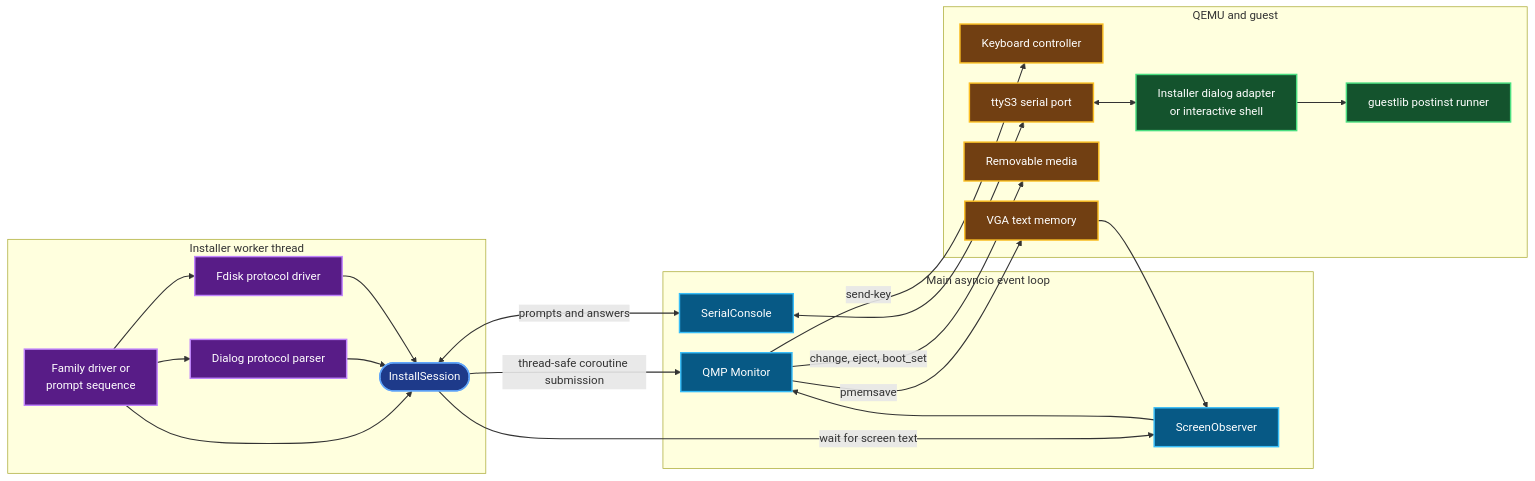
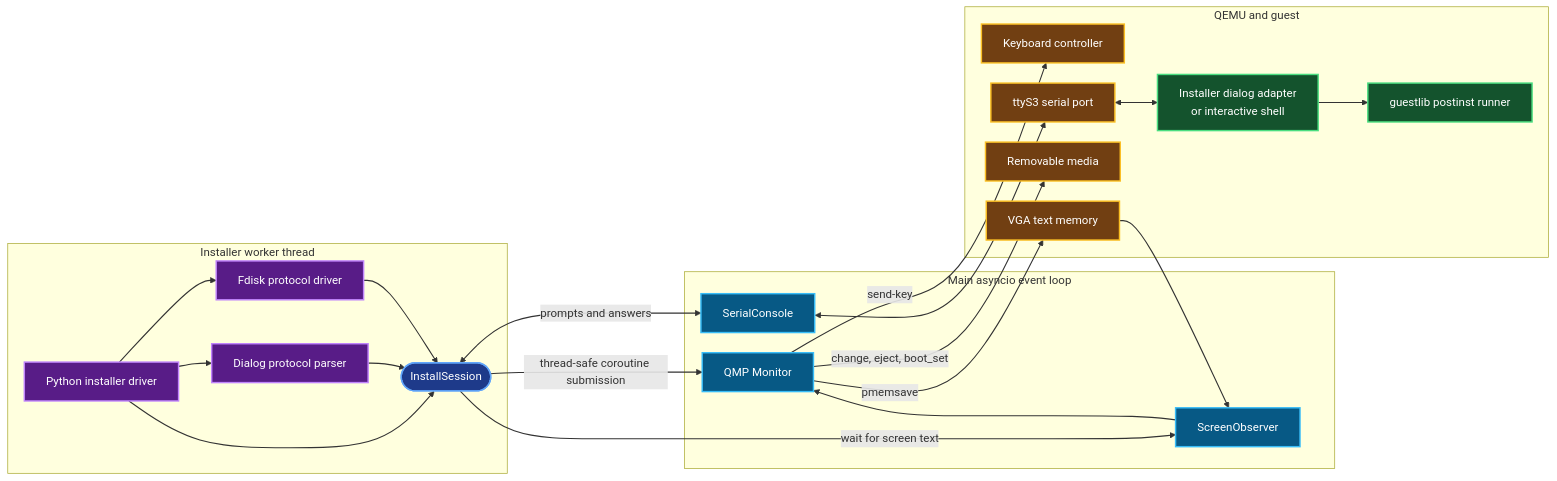
One commit to jblang/retrodist changed the fourth of 4 diagrams in ARCHITECTURE.md. Above: the diagram before and after it, drawn with Mermaid. The commit also changed other lines of this file and 123 other files, not shown here.

First line of the commit message:
refactor installer configs around topical schemas

````diff
--- a/ARCHITECTURE.md
+++ b/ARCHITECTURE.md
@@ -259,54 +256,54 @@
 ```mermaid
 %%{init: {"flowchart": {"curve": "basis", "nodeSpacing": 28, "rankSpacing": 46}}}%%
 flowchart LR
     subgraph worker[Installer worker thread]
-        driver["Family driver or<br/>prompt sequence"]
+        driver["Python installer driver"]
         session([InstallSession])
         dialog[Dialog protocol parser]
         fdisk[Fdisk protocol driver]
         driver --> session
         driver --> dialog
         driver --> fdisk
         dialog --> session
         fdisk --> session
     end
 
     subgraph loop[Main asyncio event loop]
         monitor[QMP Monitor]
         vga[ScreenObserver]
         serial[SerialConsole]
         vga --> monitor
     end
 
     subgraph vm[QEMU and guest]
         keyboard[Keyboard controller]
         memory[VGA text memory]
         media[Removable media]
         tty["ttyS3 serial port"]
         adapter["Installer dialog adapter<br/>or interactive shell"]
         postinst[guestlib postinst runner]
         tty <--> adapter
         adapter --> postinst
     end
 
     session -->|thread-safe coroutine submission| monitor
     session -->|wait for screen text| vga
     session <-->|prompts and answers| serial
     monitor -->|send-key| keyboard
     monitor -->|pmemsave| memory
     memory --> vga
     monitor -->|change, eject, boot_set| media
     serial <--> tty
 
     classDef driverNode fill:#581c87,stroke:#c084fc,color:#ffffff,stroke-width:2px
     classDef facadeNode fill:#1e3a8a,stroke:#60a5fa,color:#ffffff,stroke-width:2px
     classDef transportNode fill:#075985,stroke:#38bdf8,color:#ffffff,stroke-width:2px
     classDef interfaceNode fill:#713f12,stroke:#fbbf24,color:#ffffff,stroke-width:2px
     classDef guestNode fill:#14532d,stroke:#4ade80,color:#ffffff,stroke-width:2px
     class driver,dialog,fdisk driverNode
     class session facadeNode
     class monitor,vga,serial transportNode
     class keyboard,memory,media,tty interfaceNode
     class adapter,postinst guestNode
     linkStyle default stroke-width:1.5px
 ```
````
